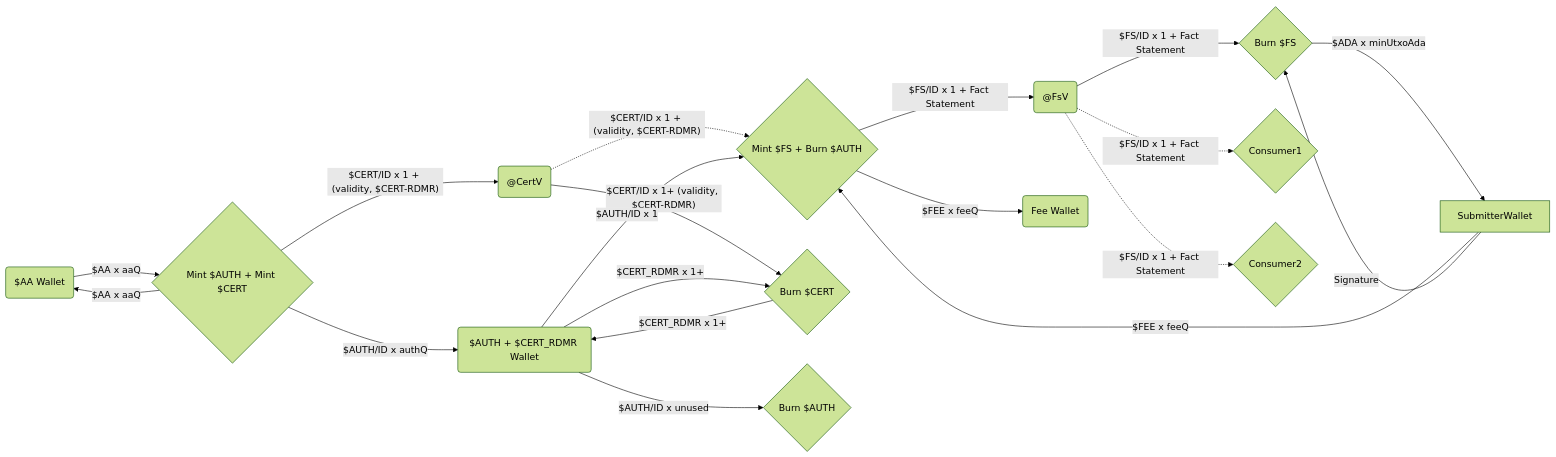
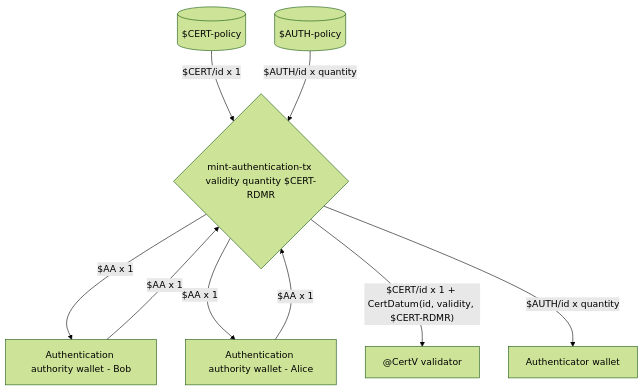
One commit to mlabs-haskell/cardano-open-oracle-protocol changed the second of 4 diagrams in coop-docs/02-onchain-architecture.md. Above: the diagram before and after it, drawn with Mermaid (forest theme). The commit also changed other lines of this file, not shown here.

````diff
--- a/coop-docs/02-onchain-architecture.md
+++ b/coop-docs/02-onchain-architecture.md
@@ -3,28 +60,22 @@
 ```mermaid
-graph LR
-    AA($AA Wallet) -->|$AA x aaQ| MintAuthCertTrx{Mint $AUTH + Mint $CERT}
-    MintAuthCertTrx -->|$AA x aaQ| AA
-    MintAuthCertTrx -->|$AUTH/ID x authQ | AuthWallet($AUTH + $CERT_RDMR Wallet)
-    MintAuthCertTrx -->|"$CERT/ID x 1 + (validity, $CERT-RDMR)"| CertV("@CertV")
-    
-    CertV -.->|"$CERT/ID x 1 + (validity, $CERT-RDMR)"| MintFsTrx{Mint $FS + Burn $AUTH}
-    CertV -->|"$CERT/ID x 1+ (validity, $CERT-RDMR)"| BurnCertTrx{Burn $CERT}
-    
-    AuthWallet -->|$AUTH/ID x 1| MintFsTrx
-    AuthWallet -->|$AUTH/ID x unused| BurnAuthTrx{Burn $AUTH}
-    AuthWallet -->|"$CERT_RDMR x 1+"| BurnCertTrx
-    
-    BurnCertTrx --> |$CERT_RDMR x 1+| AuthWallet
-    
-    SubmitterWallet -->|$FEE x feeQ| MintFsTrx
-    SubmitterWallet -->|Signature| BurnFsTrx
-    
-    MintFsTrx -->|$FS/ID x 1 + Fact Statement| FsV("@FsV")
-    MintFsTrx -->|$FEE x feeQ| FeeWallet("Fee Wallet")
+graph TD
+    AuthMp[("$AUTH-policy")]
+    CertMp[("$CERT-policy")]
+    CertV["@CertV validator"]
+    AuthWallet["Authenticator wallet"]
+    AaWalletBob["Authentication authority wallet - Bob"]
+    AaWalletAlice["Authentication authority wallet - Alice"]
 
-    FsV -.->|$FS/ID x 1 + Fact Statement| Consumer1{Consumer1}
-    FsV -.->|$FS/ID x 1 + Fact Statement| Consumer2{Consumer2}
-    FsV -->|$FS/ID x 1 + Fact Statement| BurnFsTrx{Burn $FS}
+    MintAuthTx{"mint-authentication-tx validity quantity $CERT-RDMR"}
 
-    BurnFsTrx --> |$ADA x minUtxoAda| SubmitterWallet
+    AaWalletBob -->|$AA x 1|MintAuthTx
+    AaWalletAlice -->|$AA x 1|MintAuthTx
+    MintAuthTx -->|$AA x 1|AaWalletBob
+    MintAuthTx -->|$AA x 1|AaWalletAlice
+
+    CertMp -->|"$CERT/id x 1"|MintAuthTx
+    MintAuthTx -->|"$CERT/id x 1 + CertDatum(id, validity, $CERT-RDMR)"|CertV
+
+    AuthMp -->|"$AUTH/id x quantity"|MintAuthTx
+    MintAuthTx -->|$AUTH/id x quantity|AuthWallet
 ```
````
